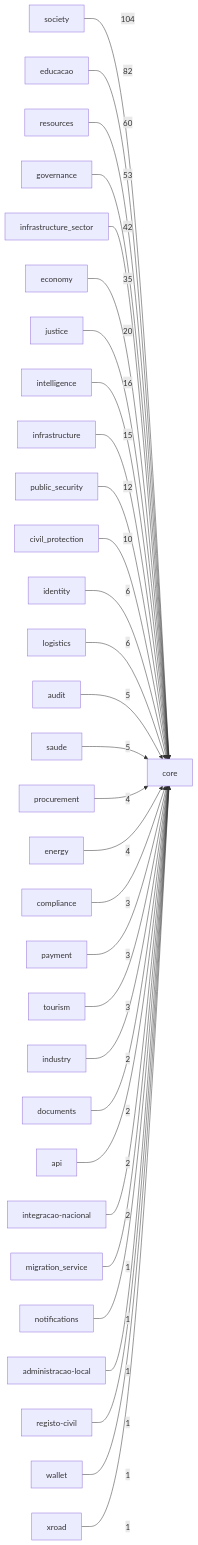
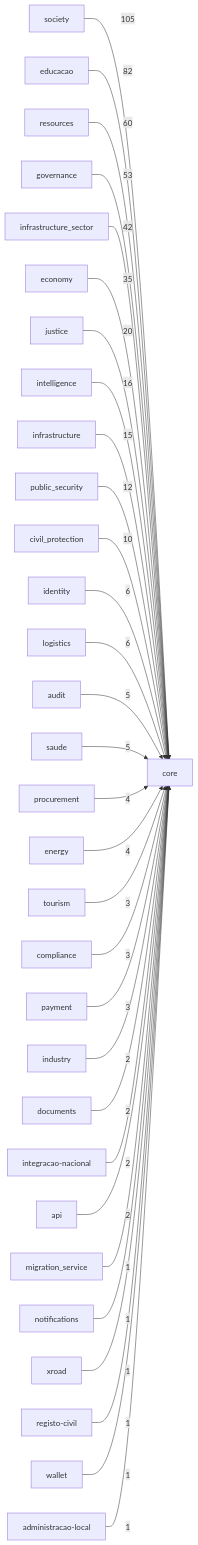
The diagram in reports/module_dependencies.md (vitronishbo-wq/sila-system), drawn with Mermaid before and after one commit. The commit also changed other lines of this file and 238 other files, not shown here.

````diff
--- a/reports/module_dependencies.md
+++ b/reports/module_dependencies.md
@@ -97,33 +97,33 @@
 ```mermaid
 graph LR
-  society -->|104| core
+  society -->|105| core
   educacao -->|82| core
   resources -->|60| core
   governance -->|53| core
   infrastructure_sector -->|42| core
   economy -->|35| core
   justice -->|20| core
   intelligence -->|16| core
   infrastructure -->|15| core
   public_security -->|12| core
   civil_protection -->|10| core
   identity -->|6| core
   logistics -->|6| core
   audit -->|5| core
   saude -->|5| core
   procurement -->|4| core
   energy -->|4| core
+  tourism -->|3| core
   compliance -->|3| core
   payment -->|3| core
-  tourism -->|3| core
   industry -->|2| core
   documents -->|2| core
+  integracao-nacional -->|2| core
   api -->|2| core
-  integracao-nacional -->|2| core
   migration_service -->|1| core
   notifications -->|1| core
-  administracao-local -->|1| core
+  xroad -->|1| core
   registo-civil -->|1| core
   wallet -->|1| core
-  xroad -->|1| core
+  administracao-local -->|1| core
 ```
````
